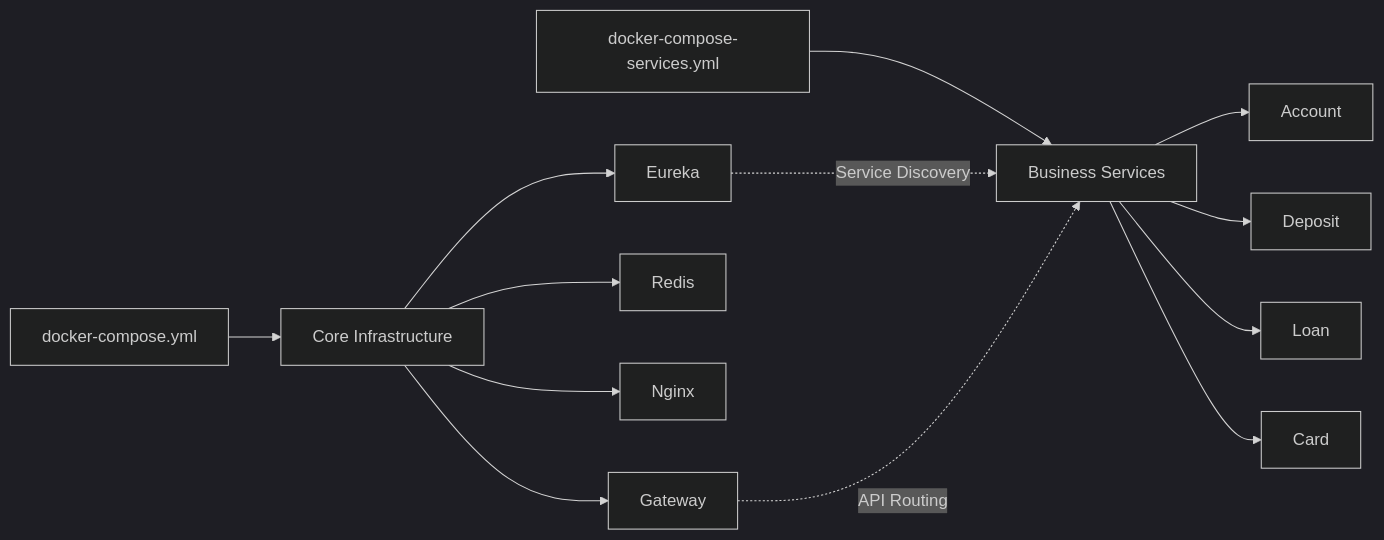
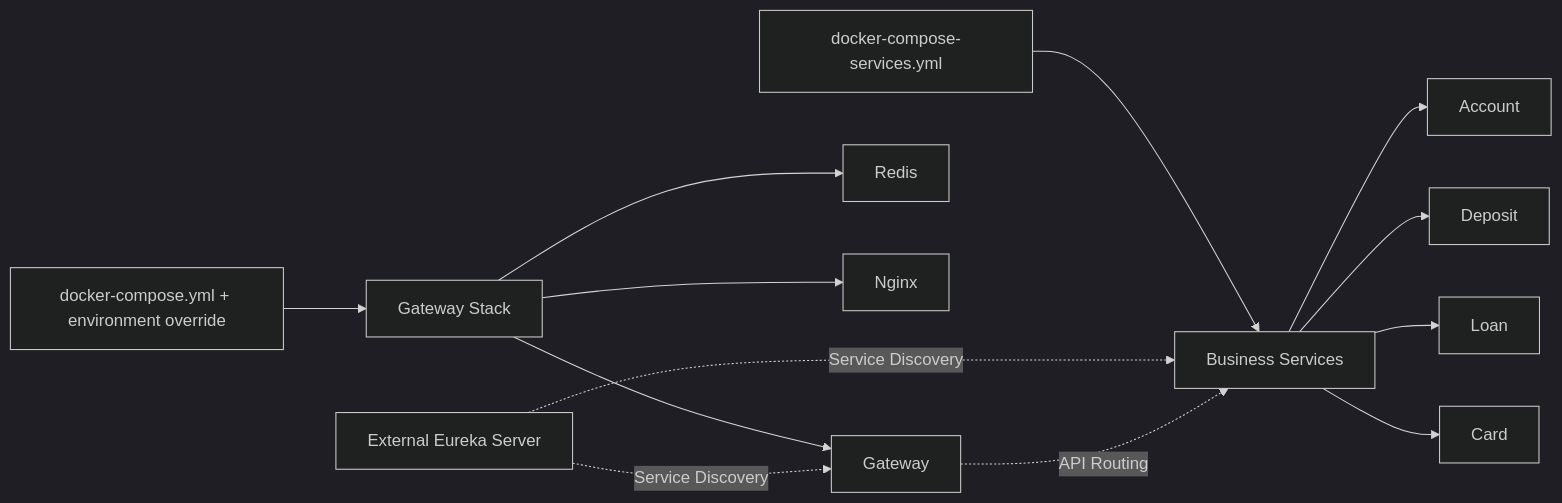
The diagram in DOCKER-COMPOSE.md (socoolheeya/blue-bank-gateway), drawn with Mermaid (dark theme) before and after one commit. The commit also changed other lines of this file and 9 other files, not shown here.

````diff
--- a/DOCKER-COMPOSE.md
+++ b/DOCKER-COMPOSE.md
@@ -56,17 +72,17 @@
 ```mermaid
 graph LR
-    A[docker-compose.yml] --> B[Core Infrastructure]
-    B --> B1[Eureka]
+    A[docker-compose.yml + environment override] --> B[Gateway Stack]
     B --> B2[Gateway]
     B --> B3[Redis]
     B --> B4[Nginx]
+    E[External Eureka Server] -.Service Discovery.-> B2
 
     C[docker-compose-services.yml] --> D[Business Services]
     D --> D1[Account]
     D --> D2[Deposit]
     D --> D3[Loan]
     D --> D4[Card]
 
-    B1 -.Service Discovery.-> D
+    E -.Service Discovery.-> D
     B2 -.API Routing.-> D
 ```
````
